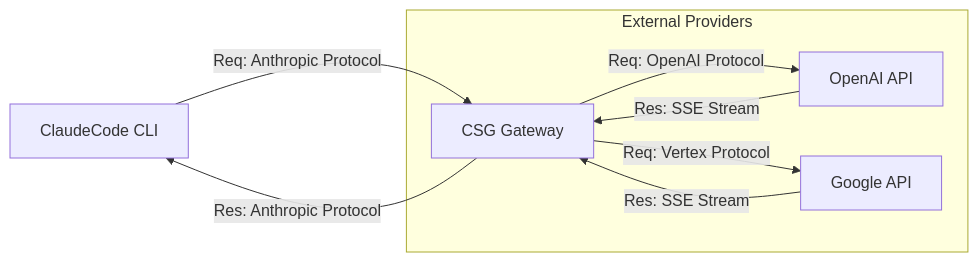
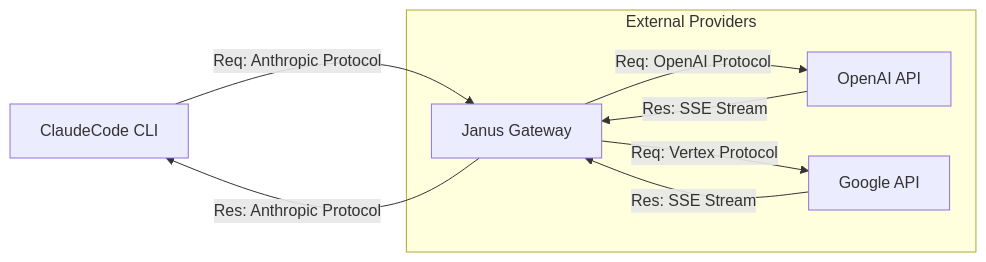
Before and after one commit to yohi/csd: the diagram in README.md, drawn with Mermaid. The commit also changed other lines of this file, not shown here.

````diff
--- a/README.md
+++ b/README.md
@@ -138,13 +148,13 @@
 ```mermaid
 graph LR
-    CC[ClaudeCode CLI] -->|Req: Anthropic Protocol| GW[CSG Gateway]
-    
+    CC[ClaudeCode CLI] -->|Req: Anthropic Protocol| GW[Janus Gateway]
+
     subgraph "External Providers"
         GW -->|Req: OpenAI Protocol| OAI[OpenAI API]
         GW -->|Req: Vertex Protocol| GGL[Google API]
     end
-    
+
     OAI -->|Res: SSE Stream| GW
     GGL -->|Res: SSE Stream| GW
     GW -->|Res: Anthropic Protocol| CC
 ```
````
